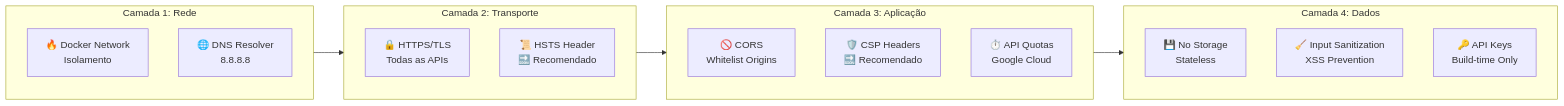
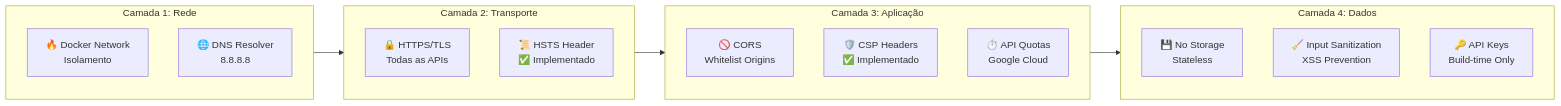
Before and after one commit to AlexandreMendesISCTE/Projeto-de-Arquitetura-e-Desenho-de-Software: the sixth of 13 diagrams in docs/ARCHITECTURE_SECURITY.md, drawn with Mermaid. The commit also changed other lines of this file and 1 other file, not shown here.

````diff
--- a/docs/ARCHITECTURE_SECURITY.md
+++ b/docs/ARCHITECTURE_SECURITY.md
@@ -290,26 +290,26 @@
 ```mermaid
 flowchart LR
     subgraph Layer1["Camada 1: Rede"]
         FW["🔥 Docker Network<br/>Isolamento"]
         DNS["🌐 DNS Resolver<br/>8.8.8.8"]
     end
 
     subgraph Layer2["Camada 2: Transporte"]
         TLS["🔒 HTTPS/TLS<br/>Todas as APIs"]
-        HSTS["📜 HSTS Header<br/>🔜 Recomendado"]
+        HSTS["📜 HSTS Header<br/>✅ Implementado"]
     end
 
     subgraph Layer3["Camada 3: Aplicação"]
         CORS["🚫 CORS<br/>Whitelist Origins"]
-        CSP["🛡️ CSP Headers<br/>🔜 Recomendado"]
+        CSP["🛡️ CSP Headers<br/>✅ Implementado"]
         APIQuotas["⏱️ API Quotas<br/>Google Cloud"]
     end
 
     subgraph Layer4["Camada 4: Dados"]
         NoStore["💾 No Storage<br/>Stateless"]
         Sanitize["🧹 Input Sanitization<br/>XSS Prevention"]
         APIKeys["🔑 API Keys<br/>Build-time Only"]
     end
 
     Layer1 --> Layer2 --> Layer3 --> Layer4
 ```
````
